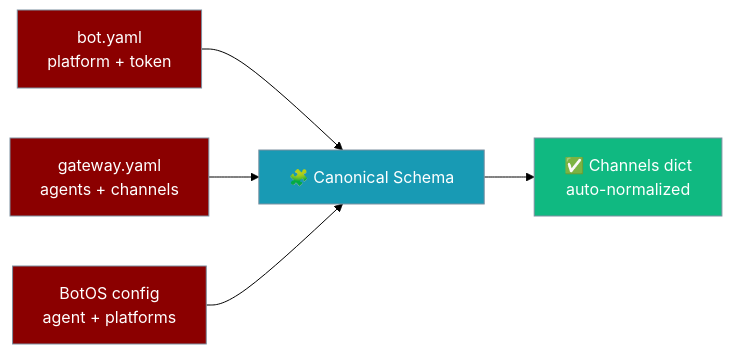
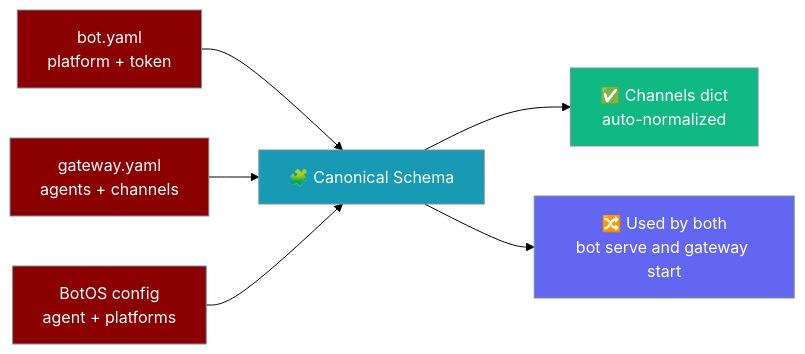
Before and after one commit to MervinPraison/PraisonAIDocs: the first of 2 diagrams in docs/features/gateway-config-migration.mdx, drawn with Mermaid (forest theme). The commit also changed other lines of this file and 3 other files, not shown here.

````diff
--- a/docs/features/gateway-config-migration.mdx
+++ b/docs/features/gateway-config-migration.mdx
@@ -30,16 +30,19 @@
 ```mermaid
 graph LR
     A[bot.yaml<br/>platform + token] --> M[🧩 Canonical Schema]
     B[gateway.yaml<br/>agents + channels] --> M
     C[BotOS config<br/>agent + platforms] --> M
     M --> N[✅ Channels dict<br/>auto-normalized]
+    M --> P[🔀 Used by both<br/>bot serve and gateway start]
 
     classDef legacy fill:#8B0000,stroke:#7C90A0,color:#fff
     classDef schema fill:#189AB4,stroke:#7C90A0,color:#fff
     classDef result fill:#10B981,stroke:#7C90A0,color:#fff
+    classDef caption fill:#6366F1,stroke:#7C90A0,color:#fff
 
     class A,B,C legacy
     class M schema
     class N result
+    class P caption
 
 ```
````
